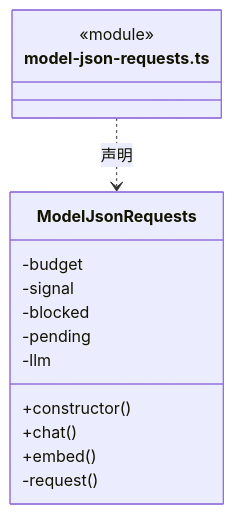
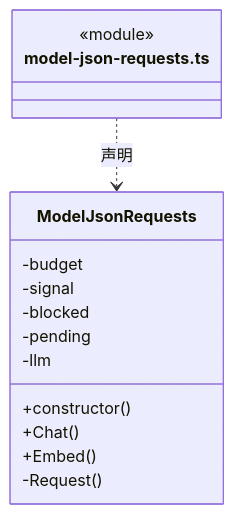
The first of 5 diagrams in src/logic/execution/engines/transport/ARCHITECTURE.md (nan023062/cbim), drawn with Mermaid before and after one commit. The commit also changed other lines of this file and 1035 other files, not shown here.

````diff
--- a/src/logic/execution/engines/transport/ARCHITECTURE.md
+++ b/src/logic/execution/engines/transport/ARCHITECTURE.md
@@ -25,18 +25,18 @@
 ```mermaid
 classDiagram
 class N_src_logic_execution_engines_transport_model_json_requests_ts["model-json-requests.ts"] {
   <<module>>
 }
 class N_src_logic_execution_engines_transport_model_json_requests_ts_ModelJsonRequests["ModelJsonRequests"] {
   +constructor()
-  +chat()
-  +embed()
+  +Chat()
+  +Embed()
   -budget
   -signal
   -blocked
   -pending
   -llm
-  -request()
+  -Request()
 }
 N_src_logic_execution_engines_transport_model_json_requests_ts ..> N_src_logic_execution_engines_transport_model_json_requests_ts_ModelJsonRequests : 声明
 ```
````
